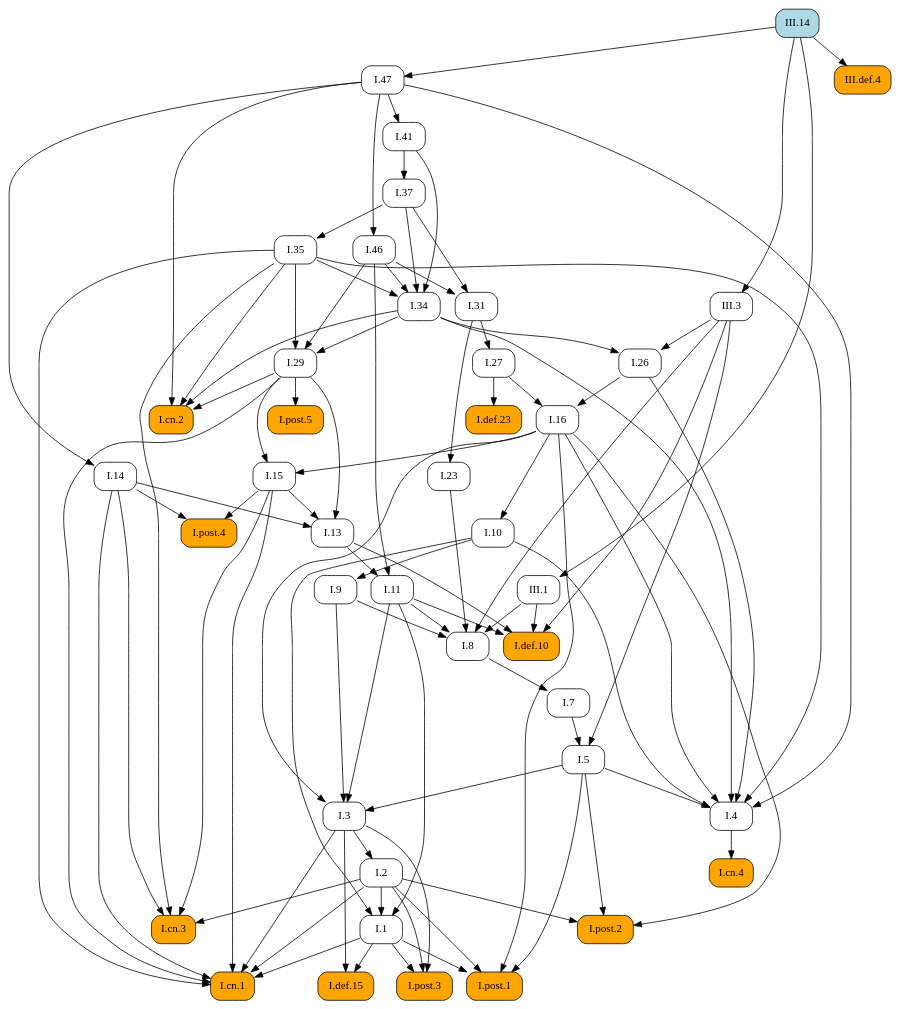
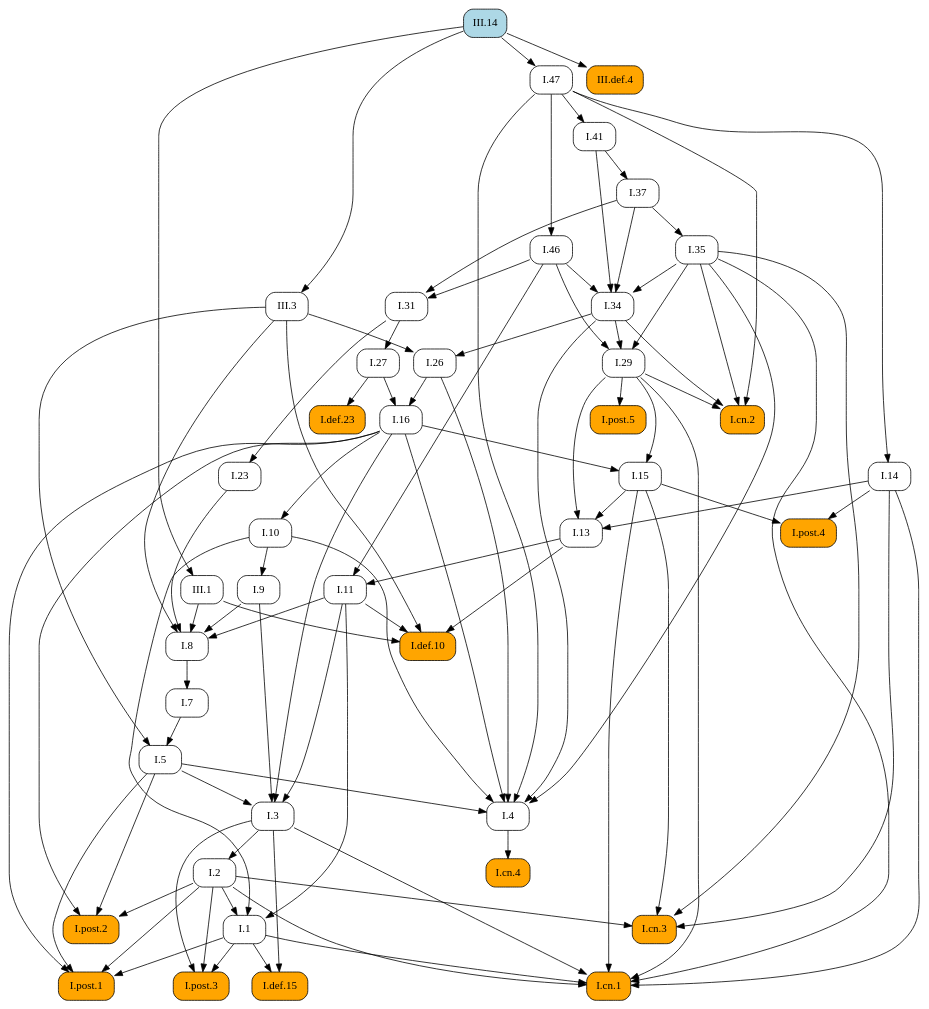
Before and after one commit to geometor/elements: the diagram in docsrc/heath/III/14/index.rst, drawn with Graphviz. The commit also changed other lines of this file and 484 other files, not shown here.

```diff
--- a/docsrc/heath/III/14/index.rst
+++ b/docsrc/heath/III/14/index.rst
@@ -119,73 +119,78 @@
    digraph {
      rankdir="TB";
      node [shape=box, style=rounded];
+     "I.23" [URL="/heath/I/23/", target="_top"];
+     "I.9" [URL="/heath/I/9/", target="_top"];
+     "I.def.15" [style="rounded,filled", fillcolor=orange, URL="/heath/I/def.15/", target="_top"];
+     "I.47" [URL="/heath/I/47/", target="_top"];
+     "I.post.3" [style="rounded,filled", fillcolor=orange, URL="/heath/I/post.3/", target="_top"];
+     "III.1" [URL="/heath/III/1/", target="_top"];
+     "I.post.1" [style="rounded,filled", fillcolor=orange, URL="/heath/I/post.1/", target="_top"];
+     "III.14" [style="rounded,filled", fillcolor=lightblue, URL="/heath/III/14/", target="_top"];
+     "III.def.4" [style="rounded,filled", fillcolor=orange, URL="/heath/III/def.4/", target="_top"];
+     "I.31" [URL="/heath/I/31/", target="_top"];
      "I.def.10" [style="rounded,filled", fillcolor=orange, URL="/heath/I/def.10/", target="_top"];
+     "I.27" [URL="/heath/I/27/", target="_top"];
+     "I.14" [URL="/heath/I/14/", target="_top"];
+     "I.34" [URL="/heath/I/34/", target="_top"];
+     "I.3" [URL="/heath/I/3/", target="_top"];
+     "I.35" [URL="/heath/I/35/", target="_top"];
+     "I.cn.1" [style="rounded,filled", fillcolor=orange, URL="/heath/I/cn.1/", target="_top"];
+     "I.7" [URL="/heath/I/7/", target="_top"];
+     "I.2" [URL="/heath/I/2/", target="_top"];
+     "I.13" [URL="/heath/I/13/", target="_top"];
+     "I.post.4" [style="rounded,filled", fillcolor=orange, URL="/heath/I/post.4/", target="_top"];
+     "I.4" [URL="/heath/I/4/", target="_top"];
+     "I.1" [URL="/heath/I/1/", target="_top"];
+     "I.5" [URL="/heath/I/5/", target="_top"];
+     "I.8" [URL="/heath/I/8/", target="_top"];
+     "I.37" [URL="/heath/I/37/", target="_top"];
+     "III.3" [URL="/heath/III/3/", target="_top"];
+     "I.cn.3" [style="rounded,filled", fillcolor=orange, URL="/heath/I/cn.3/", target="_top"];
+     "I.29" [URL="/heath/I/29/", target="_top"];
+     "I.16" [URL="/heath/I/16/", target="_top"];
+     "I.15" [URL="/heath/I/15/", target="_top"];
+     "I.10" [URL="/heath/I/10/", target="_top"];
      "I.11" [URL="/heath/I/11/", target="_top"];
-     "I.post.4" [style="rounded,filled", fillcolor=orange, URL="/heath/I/post.4/", target="_top"];
-     "I.1" [URL="/heath/I/1/", target="_top"];
+     "I.def.23" [style="rounded,filled", fillcolor=orange, URL="/heath/I/def.23/", target="_top"];
+     "I.cn.2" [style="rounded,filled", fillcolor=orange, URL="/heath/I/cn.2/", target="_top"];
+     "I.post.5" [style="rounded,filled", fillcolor=orange, URL="/heath/I/post.5/", target="_top"];
+     "I.cn.4" [style="rounded,filled", fillcolor=orange, URL="/heath/I/cn.4/", target="_top"];
+     "I.41" [URL="/heath/I/41/", target="_top"];
+     "I.post.2" [style="rounded,filled", fillcolor=orange, URL="/heath/I/post.2/", target="_top"];
+     "I.46" [URL="/heath/I/46/", target="_top"];
      "I.26" [URL="/heath/I/26/", target="_top"];
-     "I.29" [URL="/heath/I/29/", target="_top"];
-     "I.cn.2" [style="rounded,filled", fillcolor=orange, URL="/heath/I/cn.2/", target="_top"];
-     "I.47" [URL="/heath/I/47/", target="_top"];
-     "I.def.15" [style="rounded,filled", fillcolor=orange, URL="/heath/I/def.15/", target="_top"];
-     "I.post.3" [style="rounded,filled", fillcolor=orange, URL="/heath/I/post.3/", target="_top"];
-     "I.cn.1" [style="rounded,filled", fillcolor=orange, URL="/heath/I/cn.1/", target="_top"];
-     "I.cn.3" [style="rounded,filled", fillcolor=orange, URL="/heath/I/cn.3/", target="_top"];
-     "I.14" [URL="/heath/I/14/", target="_top"];
-     "III.14" [style="rounded,filled", fillcolor=lightblue, URL="/heath/III/14/", target="_top"];
-     "I.23" [URL="/heath/I/23/", target="_top"];
-     "I.post.1" [style="rounded,filled", fillcolor=orange, URL="/heath/I/post.1/", target="_top"];
-     "I.35" [URL="/heath/I/35/", target="_top"];
-     "I.41" [URL="/heath/I/41/", target="_top"];
-     "I.27" [URL="/heath/I/27/", target="_top"];
-     "I.46" [URL="/heath/I/46/", target="_top"];
-     "I.37" [URL="/heath/I/37/", target="_top"];
-     "I.34" [URL="/heath/I/34/", target="_top"];
-     "I.7" [URL="/heath/I/7/", target="_top"];
-     "I.3" [URL="/heath/I/3/", target="_top"];
-     "I.2" [URL="/heath/I/2/", target="_top"];
-     "I.4" [URL="/heath/I/4/", target="_top"];
-     "I.def.23" [style="rounded,filled", fillcolor=orange, URL="/heath/I/def.23/", target="_top"];
-     "I.13" [URL="/heath/I/13/", target="_top"];
-     "I.31" [URL="/heath/I/31/", target="_top"];
-     "I.post.2" [style="rounded,filled", fillcolor=orange, URL="/heath/I/post.2/", target="_top"];
-     "I.16" [URL="/heath/I/16/", target="_top"];
-     "I.9" [URL="/heath/I/9/", target="_top"];
-     "III.3" [URL="/heath/III/3/", target="_top"];
-     "III.1" [URL="/heath/III/1/", target="_top"];
-     "I.8" [URL="/heath/I/8/", target="_top"];
-     "I.cn.4" [style="rounded,filled", fillcolor=orange, URL="/heath/I/cn.4/", target="_top"];
-     "III.def.4" [style="rounded,filled", fillcolor=orange, URL="/heath/III/def.4/", target="_top"];
-     "I.15" [URL="/heath/I/15/", target="_top"];
-     "I.post.5" [style="rounded,filled", fillcolor=orange, URL="/heath/I/post.5/", target="_top"];
-     "I.10" [URL="/heath/I/10/", target="_top"];
-     "I.5" [URL="/heath/I/5/", target="_top"];
+     "I.31" -> "I.23";
+     "I.10" -> "I.9";
+     "I.1" -> "I.def.15";
+     "I.3" -> "I.def.15";
+     "III.14" -> "I.47";
+     "I.1" -> "I.post.3";
+     "I.2" -> "I.post.3";
+     "I.3" -> "I.post.3";
+     "III.14" -> "III.1";
+     "I.1" -> "I.post.1";
+     "I.2" -> "I.post.1";
+     "I.5" -> "I.post.1";
+     "I.16" -> "I.post.1";
+     "III.14" -> "III.def.4";
+     "I.37" -> "I.31";
+     "I.46" -> "I.31";
      "I.11" -> "I.def.10";
      "I.13" -> "I.def.10";
      "III.1" -> "I.def.10";
      "III.3" -> "I.def.10";
-     "I.13" -> "I.11";
-     "I.46" -> "I.11";
-     "I.14" -> "I.post.4";
-     "I.15" -> "I.post.4";
-     "I.2" -> "I.1";
-     "I.10" -> "I.1";
-     "I.11" -> "I.1";
-     "I.34" -> "I.26";
-     "III.3" -> "I.26";
-     "I.34" -> "I.29";
-     "I.35" -> "I.29";
-     "I.46" -> "I.29";
-     "I.29" -> "I.cn.2";
-     "I.34" -> "I.cn.2";
-     "I.35" -> "I.cn.2";
-     "I.47" -> "I.cn.2";
-     "III.14" -> "I.47";
-     "I.1" -> "I.def.15";
-     "I.3" -> "I.def.15";
-     "I.1" -> "I.post.3";
-     "I.2" -> "I.post.3";
-     "I.3" -> "I.post.3";
+     "I.31" -> "I.27";
+     "I.47" -> "I.14";
+     "I.35" -> "I.34";
+     "I.37" -> "I.34";
+     "I.41" -> "I.34";
+     "I.46" -> "I.34";
+     "I.5" -> "I.3";
+     "I.9" -> "I.3";
+     "I.11" -> "I.3";
+     "I.16" -> "I.3";
+     "I.37" -> "I.35";
      "I.1" -> "I.cn.1";
      "I.2" -> "I.cn.1";
      "I.3" -> "I.cn.1";
@@ -193,31 +198,13 @@
      "I.15" -> "I.cn.1";
      "I.29" -> "I.cn.1";
      "I.35" -> "I.cn.1";
-     "I.2" -> "I.cn.3";
-     "I.14" -> "I.cn.3";
-     "I.15" -> "I.cn.3";
-     "I.35" -> "I.cn.3";
-     "I.47" -> "I.14";
-     "I.31" -> "I.23";
-     "I.1" -> "I.post.1";
-     "I.2" -> "I.post.1";
-     "I.5" -> "I.post.1";
-     "I.16" -> "I.post.1";
-     "I.37" -> "I.35";
-     "I.47" -> "I.41";
-     "I.31" -> "I.27";
-     "I.47" -> "I.46";
-     "I.41" -> "I.37";
-     "I.35" -> "I.34";
-     "I.37" -> "I.34";
-     "I.41" -> "I.34";
-     "I.46" -> "I.34";
      "I.8" -> "I.7";
-     "I.5" -> "I.3";
-     "I.9" -> "I.3";
-     "I.11" -> "I.3";
-     "I.16" -> "I.3";
      "I.3" -> "I.2";
+     "I.14" -> "I.13";
+     "I.15" -> "I.13";
+     "I.29" -> "I.13";
+     "I.14" -> "I.post.4";
+     "I.15" -> "I.post.4";
      "I.5" -> "I.4";
      "I.10" -> "I.4";
      "I.16" -> "I.4";
@@ -225,31 +212,44 @@
      "I.34" -> "I.4";
      "I.35" -> "I.4";
      "I.47" -> "I.4";
-     "I.27" -> "I.def.23";
-     "I.14" -> "I.13";
-     "I.15" -> "I.13";
-     "I.29" -> "I.13";
-     "I.37" -> "I.31";
-     "I.46" -> "I.31";
-     "I.2" -> "I.post.2";
-     "I.5" -> "I.post.2";
-     "I.16" -> "I.post.2";
-     "I.26" -> "I.16";
-     "I.27" -> "I.16";
-     "I.10" -> "I.9";
-     "III.14" -> "III.3";
-     "III.14" -> "III.1";
+     "I.2" -> "I.1";
+     "I.10" -> "I.1";
+     "I.11" -> "I.1";
+     "I.7" -> "I.5";
+     "III.3" -> "I.5";
      "I.9" -> "I.8";
      "I.11" -> "I.8";
      "I.23" -> "I.8";
      "III.1" -> "I.8";
      "III.3" -> "I.8";
-     "I.4" -> "I.cn.4";
-     "III.14" -> "III.def.4";
+     "I.41" -> "I.37";
+     "III.14" -> "III.3";
+     "I.2" -> "I.cn.3";
+     "I.14" -> "I.cn.3";
+     "I.15" -> "I.cn.3";
+     "I.35" -> "I.cn.3";
+     "I.34" -> "I.29";
+     "I.35" -> "I.29";
+     "I.46" -> "I.29";
+     "I.26" -> "I.16";
+     "I.27" -> "I.16";
      "I.16" -> "I.15";
      "I.29" -> "I.15";
+     "I.16" -> "I.10";
+     "I.13" -> "I.11";
+     "I.46" -> "I.11";
+     "I.27" -> "I.def.23";
+     "I.29" -> "I.cn.2";
+     "I.34" -> "I.cn.2";
+     "I.35" -> "I.cn.2";
+     "I.47" -> "I.cn.2";
      "I.29" -> "I.post.5";
-     "I.16" -> "I.10";
-     "I.7" -> "I.5";
-     "III.3" -> "I.5";
+     "I.4" -> "I.cn.4";
+     "I.47" -> "I.41";
+     "I.2" -> "I.post.2";
+     "I.5" -> "I.post.2";
+     "I.16" -> "I.post.2";
+     "I.47" -> "I.46";
+     "I.34" -> "I.26";
+     "III.3" -> "I.26";
    }
```
